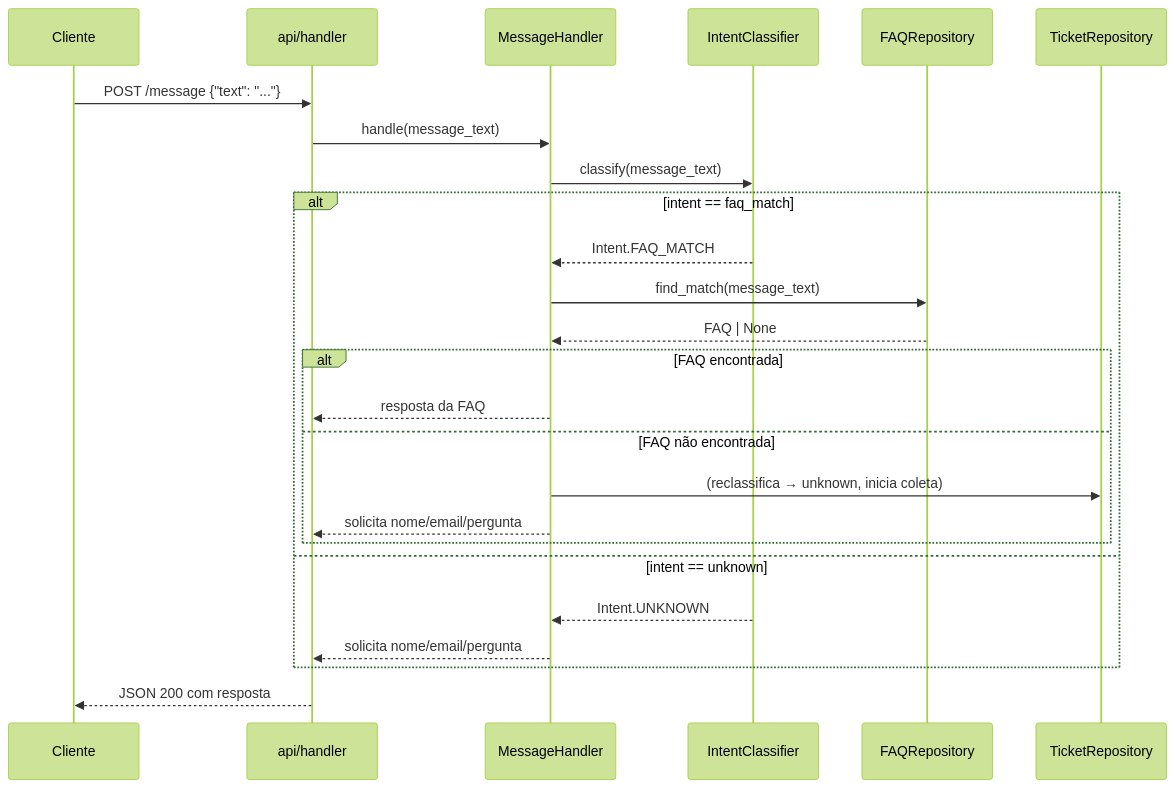
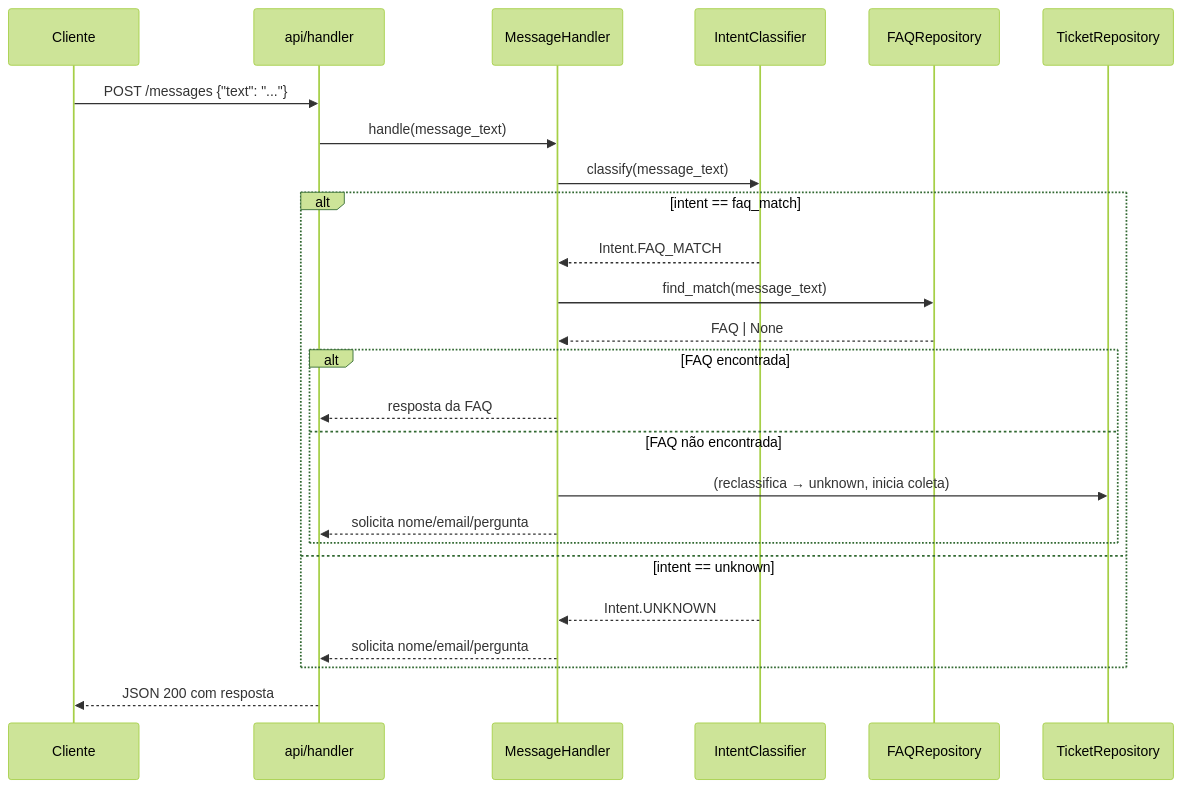
Before and after one commit to IA-para-DEVs-SCTEC-T2/grupo07-semana03-techstorebot: the second of 2 diagrams in .kiro/specs/techstore-supportbot/design.md, drawn with Mermaid (forest theme). The commit also changed other lines of this file and 2 other files, not shown here.

````diff
--- a/.kiro/specs/techstore-supportbot/design.md
+++ b/.kiro/specs/techstore-supportbot/design.md
@@ -42,28 +42,28 @@
 ```mermaid
 sequenceDiagram
     participant C as Cliente
     participant A as api/handler
     participant MH as MessageHandler
     participant IC as IntentClassifier
     participant FR as FAQRepository
     participant TR as TicketRepository
 
-    C->>A: POST /message {"text": "..."}
+    C->>A: POST /messages {"text": "..."}
     A->>MH: handle(message_text)
     MH->>IC: classify(message_text)
     alt intent == faq_match
         IC-->>MH: Intent.FAQ_MATCH
         MH->>FR: find_match(message_text)
         FR-->>MH: FAQ | None
         alt FAQ encontrada
             MH-->>A: resposta da FAQ
         else FAQ não encontrada
             MH->>TR: (reclassifica → unknown, inicia coleta)
             MH-->>A: solicita nome/email/pergunta
         end
     else intent == unknown
         IC-->>MH: Intent.UNKNOWN
         MH-->>A: solicita nome/email/pergunta
     end
     A-->>C: JSON 200 com resposta
 ```
````
